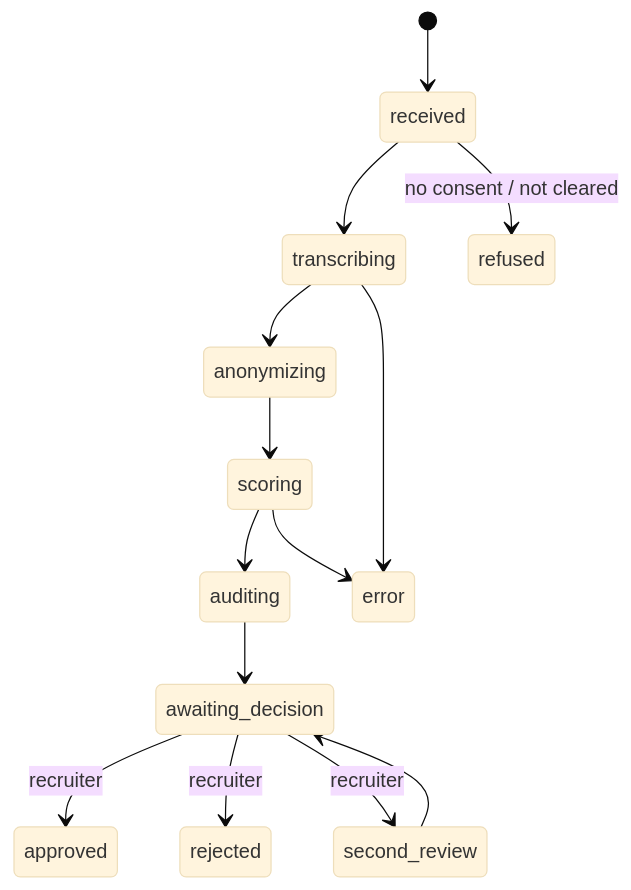
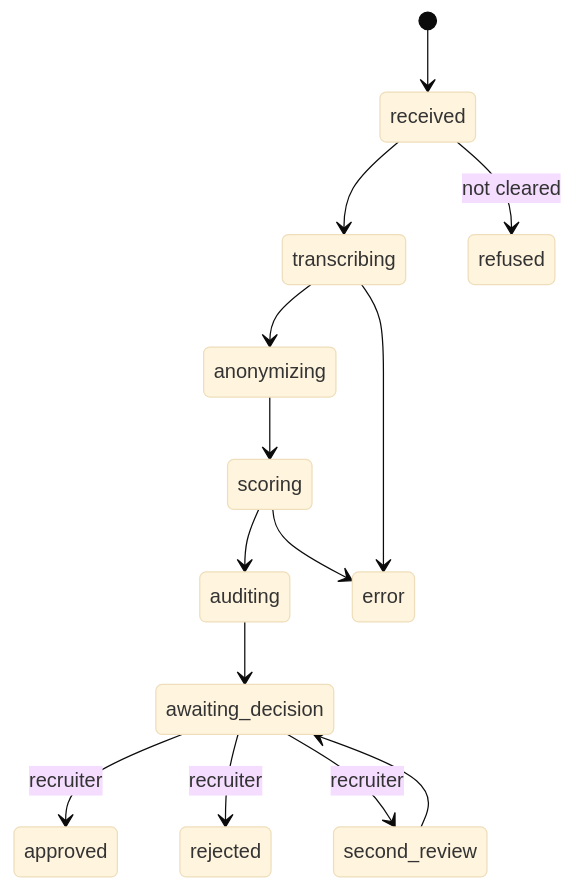
The diagram in docs/spec/spec.md (Felipebc2/TalentVisor), drawn with Mermaid (base theme) before and after one commit. The commit also changed other lines of this file and 4 other files, not shown here.

````diff
--- a/docs/spec/spec.md
+++ b/docs/spec/spec.md
@@ -274,16 +274,16 @@
 ```mermaid
 stateDiagram-v2
   [*] --> received
   received --> transcribing
   transcribing --> anonymizing
   anonymizing --> scoring
   scoring --> auditing
   auditing --> awaiting_decision
   awaiting_decision --> approved: recruiter
   awaiting_decision --> rejected: recruiter
   awaiting_decision --> second_review: recruiter
   second_review --> awaiting_decision
   transcribing --> error
   scoring --> error
-  received --> refused: no consent / not cleared
+  received --> refused: not cleared
 ```
````
